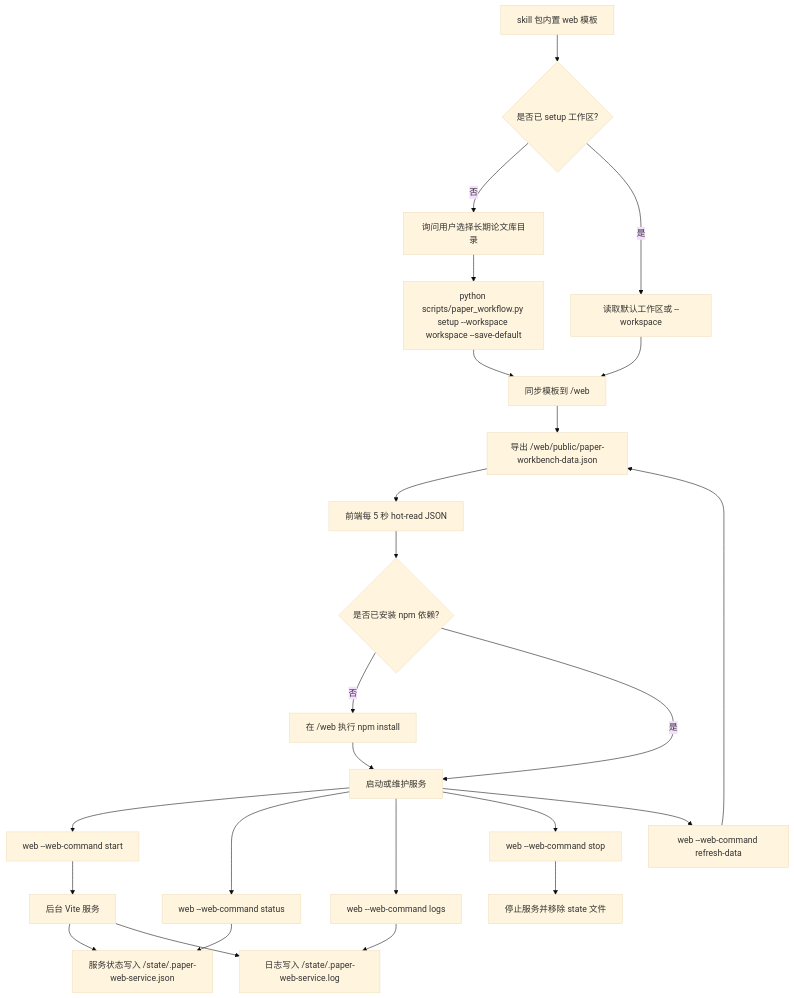
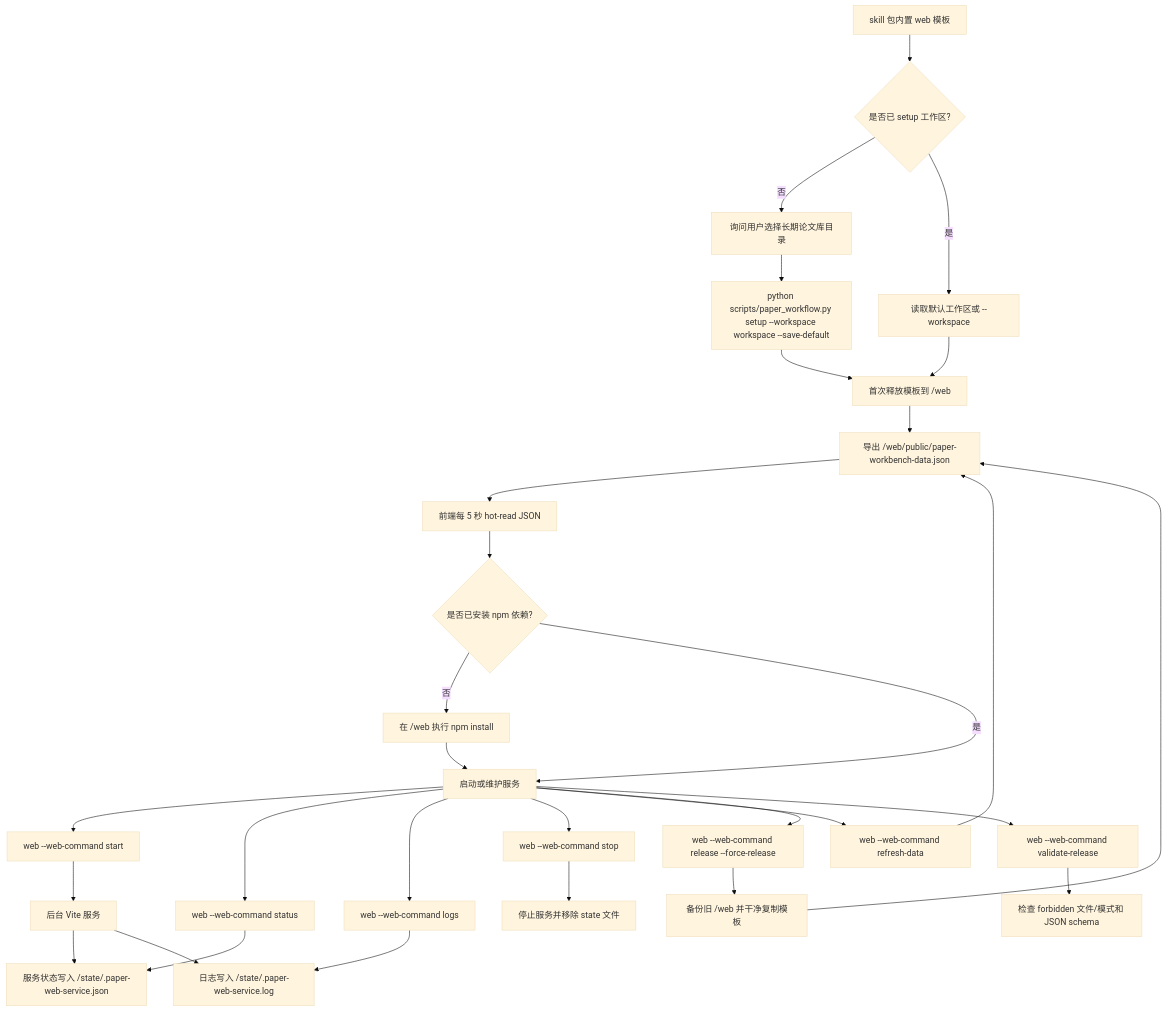
One commit to swordfate3/papers_skills changed the second of 7 diagrams in docs/论文研究技能可视化工作流.md. Above: the diagram before and after it, drawn with Mermaid (base theme). The commit also changed other lines of this file and 14 other files, not shown here.

Commit message:
fix(web): make workbench release deterministic

````diff
--- a/docs/论文研究技能可视化工作流.md
+++ b/docs/论文研究技能可视化工作流.md
@@ -90,30 +90,35 @@
 ```mermaid
 flowchart TD
     A[skill 包内置 web 模板] --> B{是否已 setup 工作区?}
     B -->|否| C[询问用户选择长期论文库目录]
     C --> D[python scripts/paper_workflow.py setup --workspace workspace --save-default]
     B -->|是| E[读取默认工作区或 --workspace]
-    D --> F[同步模板到 <workspace>/web]
+    D --> F[首次释放模板到 <workspace>/web]
     E --> F
     F --> F1[导出 <workspace>/web/public/paper-workbench-data.json]
     F1 --> F2[前端每 5 秒 hot-read JSON]
 
     F2 --> G{是否已安装 npm 依赖?}
     G -->|否| H[在 <workspace>/web 执行 npm install]
     G -->|是| I[启动或维护服务]
     H --> I
 
     I --> J[web --web-command start]
     I --> K[web --web-command status]
     I --> L[web --web-command logs]
     I --> M[web --web-command stop]
     I --> R[web --web-command refresh-data]
+    I --> S[web --web-command release --force-release]
+    I --> T[web --web-command validate-release]
 
     J --> N[后台 Vite 服务]
     N --> O[服务状态写入 <workspace>/state/.paper-web-service.json]
     N --> P[日志写入 <workspace>/state/.paper-web-service.log]
     K --> O
     L --> P
     M --> Q[停止服务并移除 state 文件]
     R --> F1
+    S --> SB[备份旧 <workspace>/web 并干净复制模板]
+    SB --> F1
+    T --> TD[检查 forbidden 文件/模式和 JSON schema]
 ```
````
